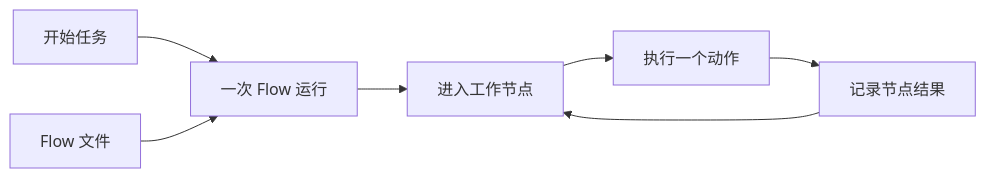
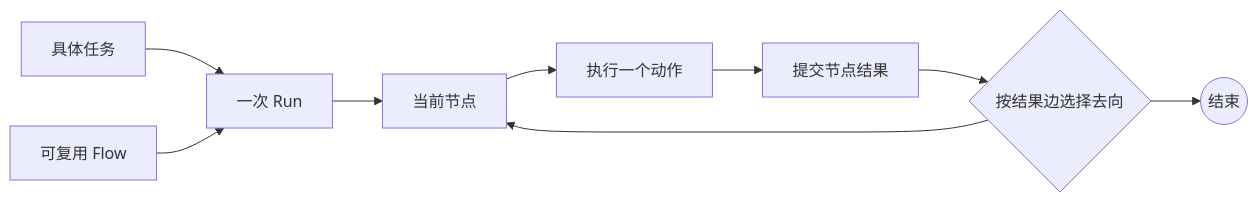
The first of 2 diagrams in docs/flow-overview.md (JhihJian/Agent-Flow-Runtime), drawn with Mermaid before and after one commit. The commit also changed other lines of this file and 3 other files, not shown here.

Commit message:
docs: 重写 Flow Runtime 核心设计

````diff
--- a/docs/flow-overview.md
+++ b/docs/flow-overview.md
@@ -26,9 +44,11 @@
 ```mermaid
 flowchart LR
-  task[开始任务] --> run[一次 Flow 运行]
-  flow[Flow 文件] --> run
-  run --> node[进入工作节点]
+  task[具体任务] --> run[一次 Run]
+  flow[可复用 Flow] --> run
+  run --> node[当前节点]
   node --> action[执行一个动作]
-  action --> result[记录节点结果]
-  result --> node
+  action --> outcome[提交节点结果]
+  outcome --> route{按结果边选择去向}
+  route --> node
+  route --> finish((结束))
 ```
````
